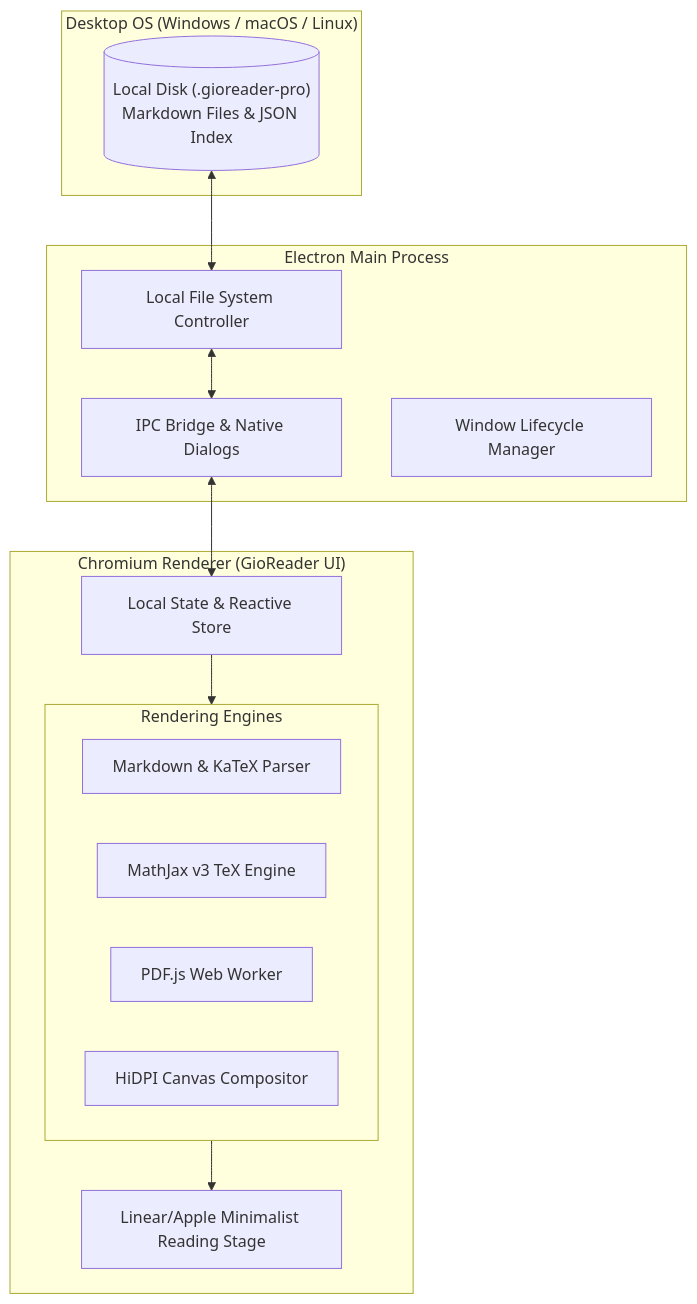
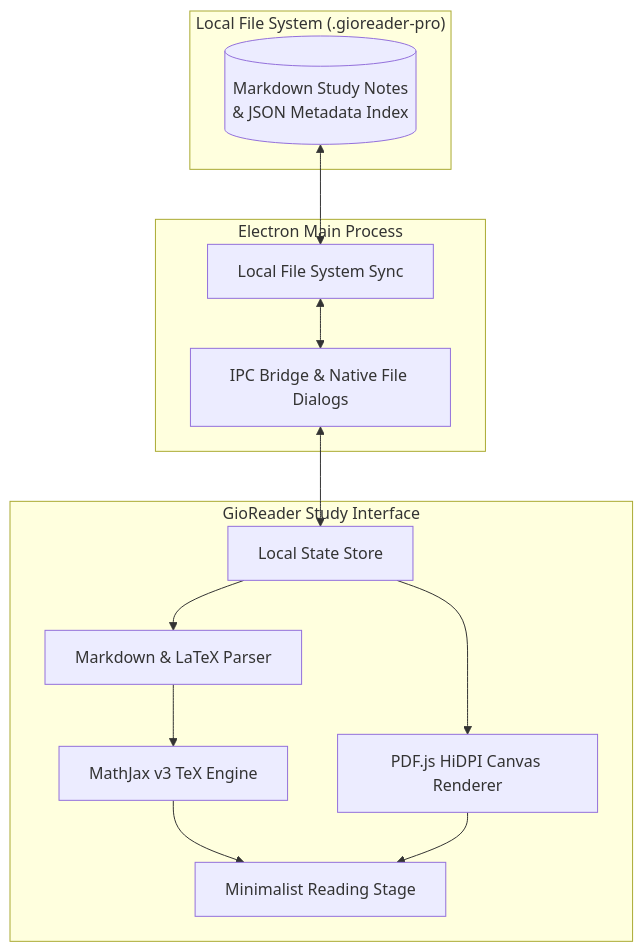
One commit to GioGorkem/gioreader-pro changed the diagram in README.md. Above: the diagram before and after it, drawn with Mermaid. The commit also changed other lines of this file, not shown here.

Commit message:
docs: refine README with transparent AI-assisted study workflow context

````diff
--- a/README.md
+++ b/README.md
@@ -46,31 +36,25 @@
 ```mermaid
 flowchart TD
-    subgraph Host["Desktop OS (Windows / macOS / Linux)"]
-        FS[("Local Disk (.gioreader-pro)\nMarkdown Files & JSON Index")]
+    subgraph Host["Local File System (.gioreader-pro)"]
+        FS[("Markdown Study Notes\n& JSON Metadata Index")]
     end
 
     subgraph ElectronMain["Electron Main Process"]
-        IPC[IPC Bridge & Native Dialogs]
-        FSApi[Local File System Controller]
-        WindowMgr[Window Lifecycle Manager]
+        IPC[IPC Bridge & Native File Dialogs]
+        FSApi[Local File System Sync]
     end
 
-    subgraph Renderer["Chromium Renderer (GioReader UI)"]
-        Store[Local State & Reactive Store]
-        
-        subgraph Engines["Rendering Engines"]
-            MDParser[Markdown & KaTeX Parser]
-            MathJax[MathJax v3 TeX Engine]
-            PDFWorker[PDF.js Web Worker]
-            CanvasCompositor[HiDPI Canvas Compositor]
-        end
-
-        UI[Linear/Apple Minimalist Reading Stage]
+    subgraph Renderer["GioReader Study Interface"]
+        Store[Local State Store]
+        MDParser[Markdown & LaTeX Parser]
+        MathJax[MathJax v3 TeX Engine]
+        PDFWorker[PDF.js HiDPI Canvas Renderer]
+        UI[Minimalist Reading Stage]
     end
 
     FS <--> FSApi
     FSApi <--> IPC
     IPC <--> Store
-    Store --> Engines
-    Engines --> UI
+    Store --> MDParser --> MathJax --> UI
+    Store --> PDFWorker --> UI
 ```
````
